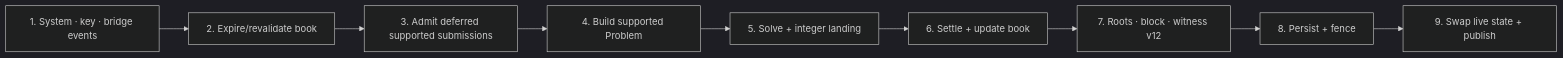
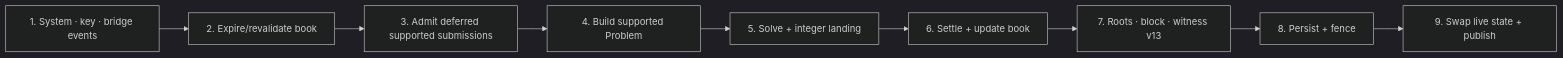
One commit to MetaB0y/sybil changed the diagram in docs/architecture/03-sequencing/Block Lifecycle.md. Above: the diagram before and after it, drawn with Mermaid (dark theme). The commit also changed other lines of this file and 69 other files, not shown here.

````diff
--- a/docs/architecture/03-sequencing/Block Lifecycle.md
+++ b/docs/architecture/03-sequencing/Block Lifecycle.md
@@ -28,11 +28,11 @@
 ```mermaid
 flowchart LR
     EVENTS["1. System · key · bridge events"] --> BOOK["2. Expire/revalidate book"]
     BOOK --> ADMIT["3. Admit deferred supported submissions"]
     ADMIT --> PROBLEM["4. Build supported Problem"]
     PROBLEM --> SOLVE["5. Solve + integer landing"]
     SOLVE --> SETTLE["6. Settle + update book"]
-    SETTLE --> SEAL["7. Roots · block · witness v12"]
+    SETTLE --> SEAL["7. Roots · block · witness v13"]
     SEAL --> PERSIST["8. Persist + fence"]
     PERSIST --> COMMIT["9. Swap live state + publish"]
 ```
````
